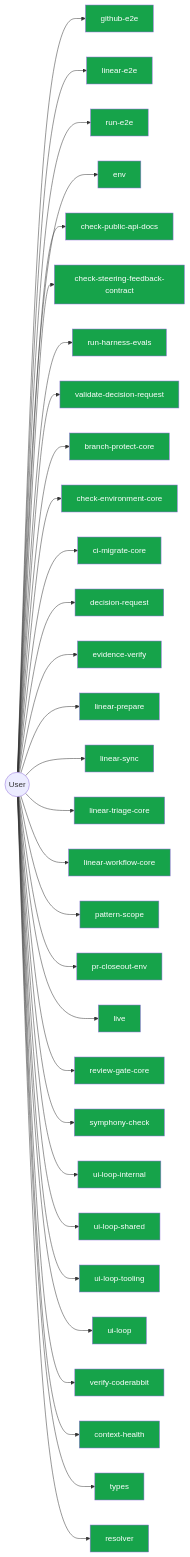
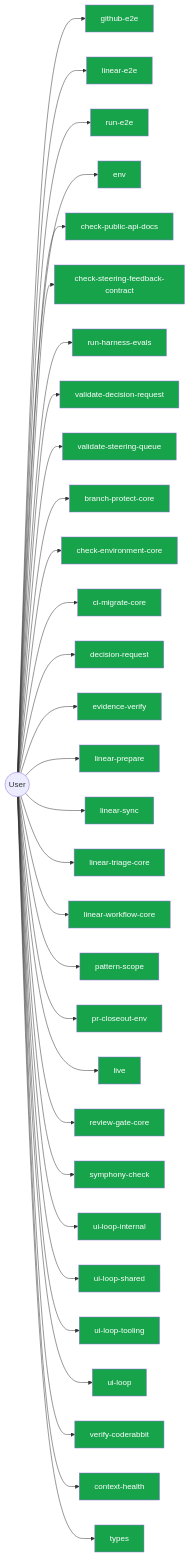
One commit to jscraik/coding-harness changed diagram 14 of 14 in AI/context/diagram-context.md. Above: the diagram before and after it, drawn with Mermaid. The commit also changed other lines of this file and 132 other files, not shown here.

````diff
--- a/AI/context/diagram-context.md
+++ b/AI/context/diagram-context.md
@@ -1614,67 +1644,67 @@
 ```mermaid
 flowchart LR
   User(("User"))
   github_e2e_2891a341["github-e2e"]
   User --> github_e2e_2891a341
   linear_e2e_decf3708["linear-e2e"]
   User --> linear_e2e_decf3708
   run_e2e_39efe696["run-e2e"]
   User --> run_e2e_39efe696
   env_b77349bf["env"]
   User --> env_b77349bf
   check_public_api_docs_a9604f1b["check-public-api-docs"]
   User --> check_public_api_docs_a9604f1b
   check_steering_feedback_contract_80134459["check-steering-feedback-contract"]
   User --> check_steering_feedback_contract_80134459
   run_harness_evals_77704768["run-harness-evals"]
   User --> run_harness_evals_77704768
   validate_decision_request_2e5c325e["validate-decision-request"]
   User --> validate_decision_request_2e5c325e
+  validate_steering_queue_4bc0cc94["validate-steering-queue"]
+  User --> validate_steering_queue_4bc0cc94
   branch_protect_core_a8feb0fd["branch-protect-core"]
   User --> branch_protect_core_a8feb0fd
   check_environment_core_2c16213f["check-environment-core"]
   User --> check_environment_core_2c16213f
   ci_migrate_core_7005b5af["ci-migrate-core"]
   User --> ci_migrate_core_7005b5af
   decision_request_118a770d["decision-request"]
   User --> decision_request_118a770d
   evidence_verify_3b73c290["evidence-verify"]
   User --> evidence_verify_3b73c290
   linear_prepare_0c613ba6["linear-prepare"]
   User --> linear_prepare_0c613ba6
   linear_sync_a2fa2bf7["linear-sync"]
   User --> linear_sync_a2fa2bf7
   linear_triage_core_7cbca73e["linear-triage-core"]
   User --> linear_triage_core_7cbca73e
   linear_workflow_core_0e19cff4["linear-workflow-core"]
   User --> linear_workflow_core_0e19cff4
   pattern_scope_61ff946d["pattern-scope"]
   User --> pattern_scope_61ff946d
   pr_closeout_env_9bfcd9ef["pr-closeout-env"]
   User --> pr_closeout_env_9bfcd9ef
   live_247610f4["live"]
   User --> live_247610f4
   review_gate_core_4c8001f9["review-gate-core"]
   User --> review_gate_core_4c8001f9
   symphony_check_e97f2ea0["symphony-check"]
   User --> symphony_check_e97f2ea0
   ui_loop_internal_f2eb8892["ui-loop-internal"]
   User --> ui_loop_internal_f2eb8892
   ui_loop_shared_8c83b841["ui-loop-shared"]
   User --> ui_loop_shared_8c83b841
   ui_loop_tooling_12b2d2c7["ui-loop-tooling"]
   User --> ui_loop_tooling_12b2d2c7
   ui_loop_11660889["ui-loop"]
   User --> ui_loop_11660889
   verify_coderabbit_490b4e71["verify-coderabbit"]
   User --> verify_coderabbit_490b4e71
   context_health_1_ceb11829["context-health"]
   User --> context_health_1_ceb11829
   types_2_d9bc6e7a["types"]
   User --> types_2_d9bc6e7a
-  resolver_439c3635["resolver"]
-  User --> resolver_439c3635
   classDef userNode fill:#16a34a,color:#fff
-  class github_e2e_2891a341,linear_e2e_decf3708,run_e2e_39efe696,env_b77349bf,check_public_api_docs_a9604f1b,check_steering_feedback_contract_80134459,run_harness_evals_77704768,validate_decision_request_2e5c325e,branch_protect_core_a8feb0fd,check_environment_core_2c16213f,ci_migrate_core_7005b5af,decision_request_118a770d,evidence_verify_3b73c290,linear_prepare_0c613ba6,linear_sync_a2fa2bf7,linear_triage_core_7cbca73e,linear_workflow_core_0e19cff4,pattern_scope_61ff946d,pr_closeout_env_9bfcd9ef,live_247610f4,review_gate_core_4c8001f9,symphony_check_e97f2ea0,ui_loop_internal_f2eb8892,ui_loop_shared_8c83b841,ui_loop_tooling_12b2d2c7,ui_loop_11660889,verify_coderabbit_490b4e71,context_health_1_ceb11829,types_2_d9bc6e7a,resolver_439c3635 userNode
+  class github_e2e_2891a341,linear_e2e_decf3708,run_e2e_39efe696,env_b77349bf,check_public_api_docs_a9604f1b,check_steering_feedback_contract_80134459,run_harness_evals_77704768,validate_decision_request_2e5c325e,validate_steering_queue_4bc0cc94,branch_protect_core_a8feb0fd,check_environment_core_2c16213f,ci_migrate_core_7005b5af,decision_request_118a770d,evidence_verify_3b73c290,linear_prepare_0c613ba6,linear_sync_a2fa2bf7,linear_triage_core_7cbca73e,linear_workflow_core_0e19cff4,pattern_scope_61ff946d,pr_closeout_env_9bfcd9ef,live_247610f4,review_gate_core_4c8001f9,symphony_check_e97f2ea0,ui_loop_internal_f2eb8892,ui_loop_shared_8c83b841,ui_loop_tooling_12b2d2c7,ui_loop_11660889,verify_coderabbit_490b4e71,context_health_1_ceb11829,types_2_d9bc6e7a userNode
 
 ```
````
